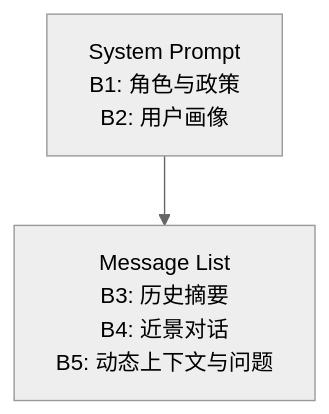
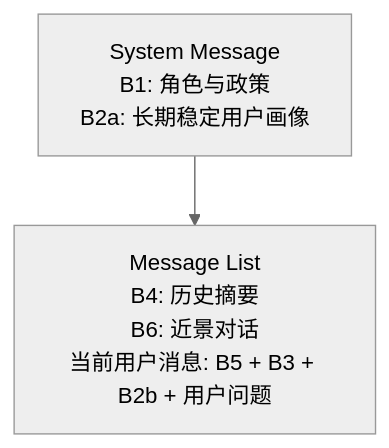
One commit to D15190304050/generic-agent changed the seventh of 38 diagrams in discussions/ContextManagerV6.md. Above: the diagram before and after it, drawn with Mermaid (neutral theme). The commit also changed other lines of this file, not shown here.

````diff
--- a/discussions/ContextManagerV6.md
+++ b/discussions/ContextManagerV6.md
@@ -554,6 +557,6 @@
 ```mermaid
 graph TD
-    System["System Prompt<br/>B1: 角色与政策<br/>B2: 用户画像"]
-    Messages["Message List<br/>B3: 历史摘要<br/>B4: 近景对话<br/>B5: 动态上下文与问题"]
+    System["System Message<br/>B1: 角色与政策<br/>B2a: 长期稳定用户画像"]
+    Messages["Message List<br/>B4: 历史摘要<br/>B6: 近景对话<br/>当前用户消息: B5 + B3 + B2b + 用户问题"]
     System --> Messages
 ```
````
